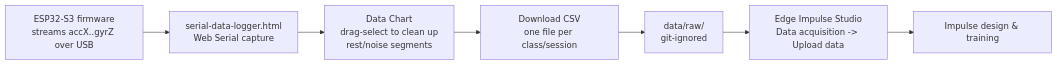
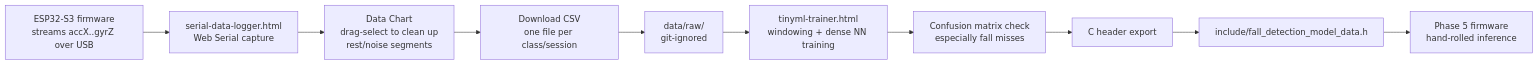
The diagram in tools/README.md (msohdy/fall-detection-physical-ai-esp32), drawn with Mermaid before and after one commit. The commit also changed other lines of this file and 6 other files, not shown here.

First line of the commit message:
Phase 4 complete: custom TensorFlow.js trainer, drop Edge Impulse for training

````diff
--- a/tools/README.md
+++ b/tools/README.md
@@ -32,9 +57,12 @@
 ```mermaid
 flowchart LR
     FW[ESP32-S3 firmware<br/>streams accX..gyrZ over USB] --> LOG[serial-data-logger.html<br/>Web Serial capture]
     LOG --> CHART[Data Chart<br/>drag-select to clean up<br/>rest/noise segments]
     CHART --> CSV[Download CSV<br/>one file per class/session]
     CSV --> RAW[data/raw/<br/>git-ignored]
-    RAW --> UPLOAD[Edge Impulse Studio<br/>Data acquisition -> Upload data]
-    UPLOAD --> IMPULSE[Impulse design & training]
+    RAW --> TRAIN[tinyml-trainer.html<br/>windowing + dense NN training]
+    TRAIN --> CONF[Confusion matrix check<br/>especially fall misses]
+    CONF --> HEADER[C header export]
+    HEADER --> INCLUDE[include/fall_detection_model_data.h]
+    INCLUDE --> FW2[Phase 5 firmware<br/>hand-rolled inference]
 ```
````
